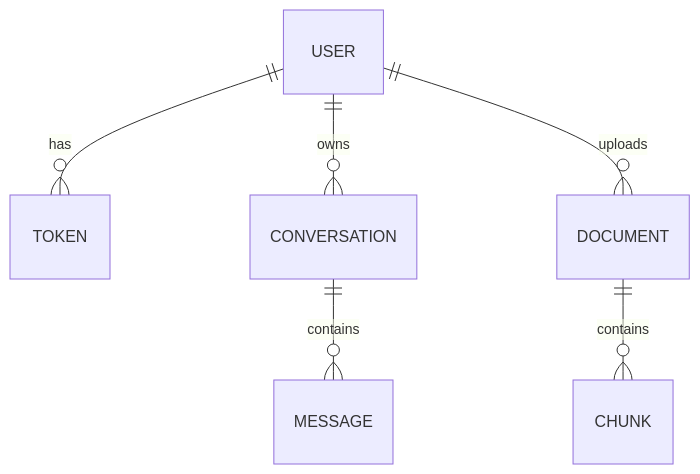
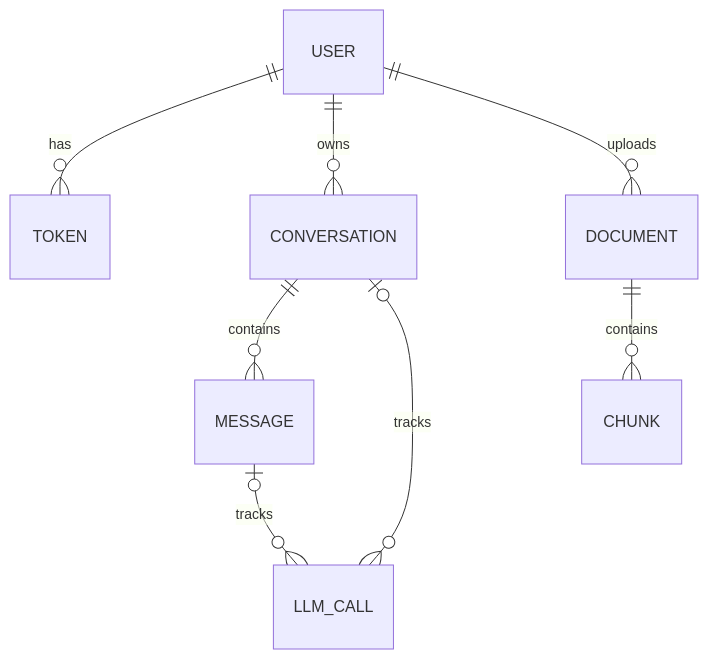
Before and after one commit to AhmedNezar/PolicyRag: the third of 3 diagrams in README.md, drawn with Mermaid. The commit also changed other lines of this file and 4 other files, not shown here.

````diff
--- a/README.md
+++ b/README.md
@@ -170,8 +190,10 @@
 ```mermaid
 erDiagram
     USER ||--o{ TOKEN : has
     USER ||--o{ CONVERSATION : owns
     CONVERSATION ||--o{ MESSAGE : contains
+    CONVERSATION |o--o{ LLM_CALL : tracks
+    MESSAGE |o--o{ LLM_CALL : tracks
     USER ||--o{ DOCUMENT : uploads
     DOCUMENT ||--o{ CHUNK : contains
 ```
````
